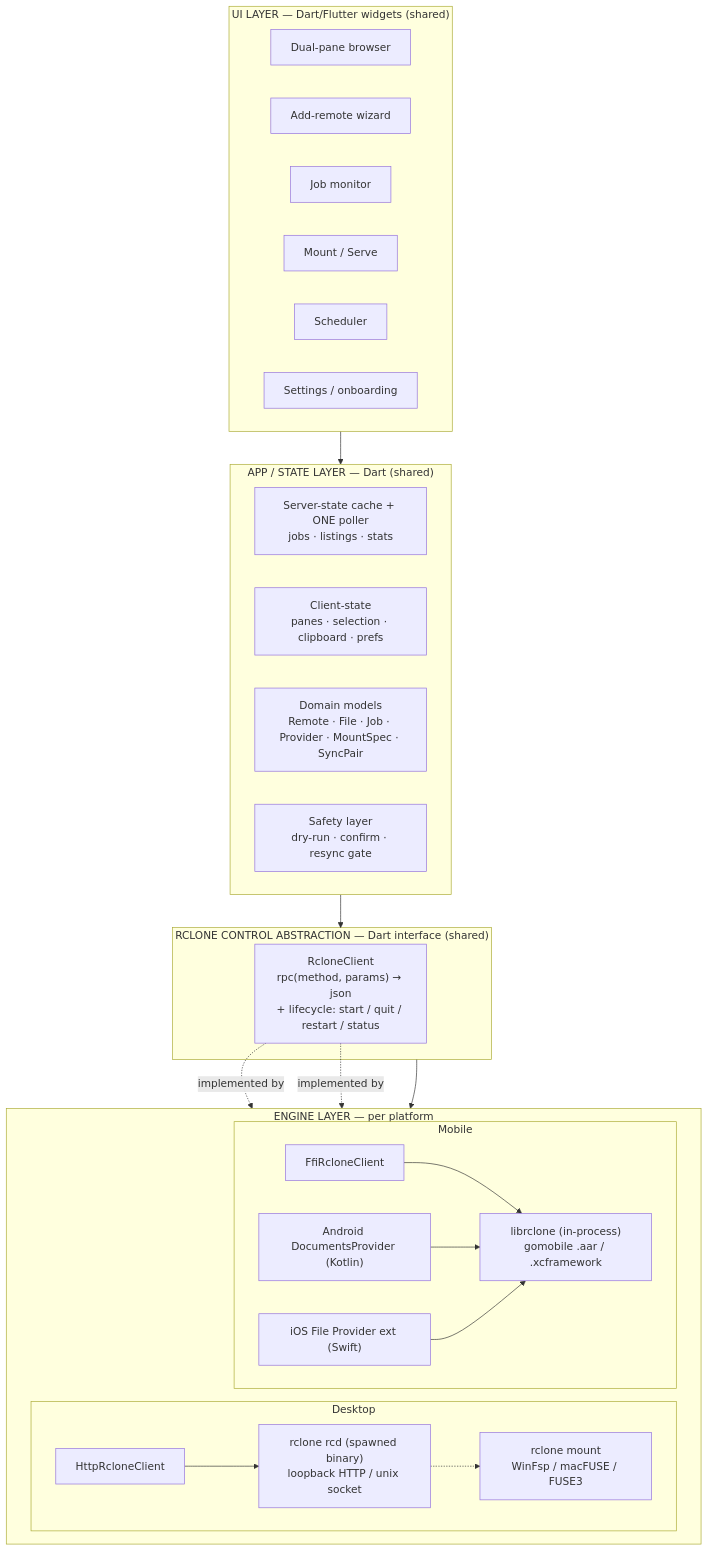
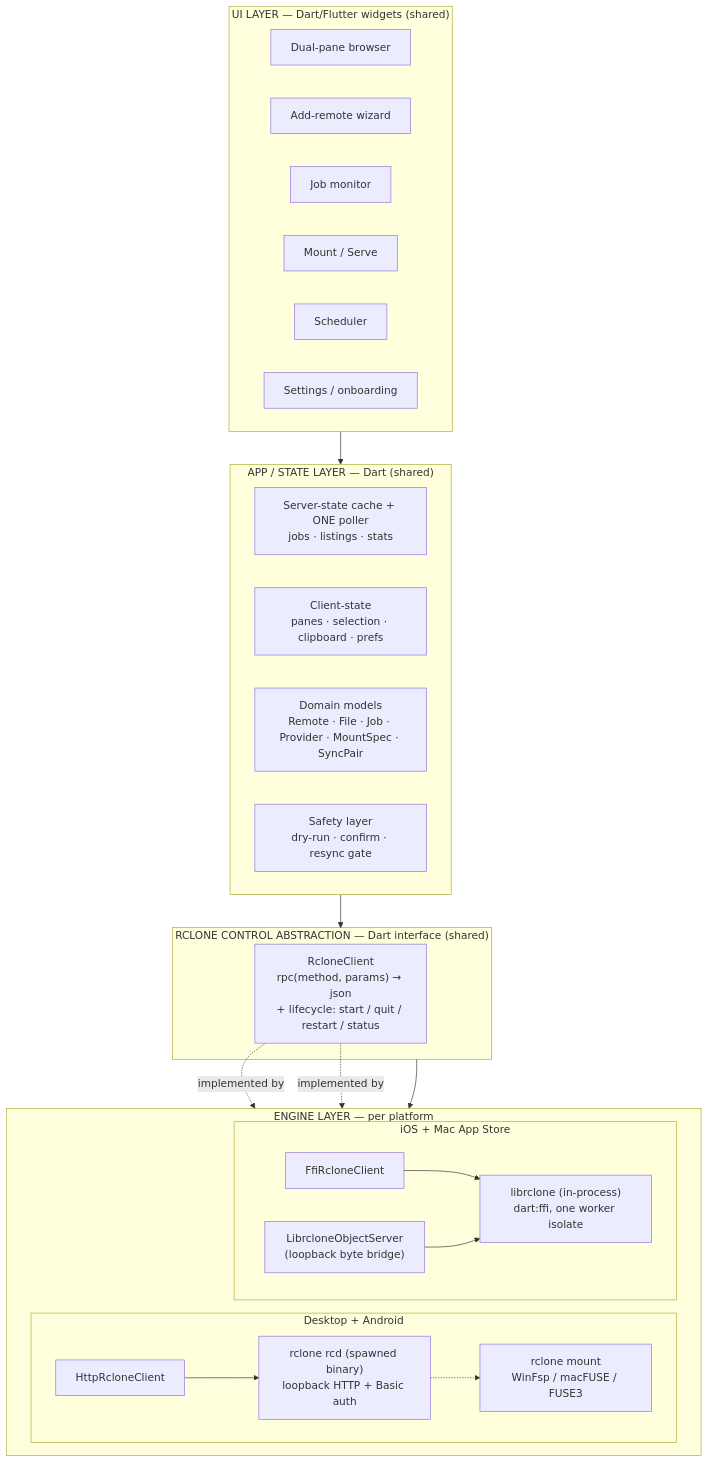
Before and after one commit to GigaionLLC/Airclone: the diagram in wiki/core/08-core-architecture.md, drawn with Mermaid. The commit also changed other lines of this file and 81 other files, not shown here.

````diff
--- a/wiki/core/08-core-architecture.md
+++ b/wiki/core/08-core-architecture.md
@@ -82,27 +82,26 @@
 ```mermaid
 flowchart TB
     subgraph UI["UI LAYER — Dart/Flutter widgets (shared)"]
         DUAL[Dual-pane browser] & WIZ[Add-remote wizard] & JOBS[Job monitor] & MNT[Mount / Serve] & SCHED[Scheduler] & SET[Settings / onboarding]
     end
     subgraph STATE["APP / STATE LAYER — Dart (shared)"]
         RQ[Server-state cache + ONE poller<br/>jobs · listings · stats] & CS[Client-state<br/>panes · selection · clipboard · prefs]
         DOMAIN[Domain models<br/>Remote · File · Job · Provider · MountSpec · SyncPair] & SAFE[Safety layer<br/>dry-run · confirm · resync gate]
     end
     subgraph CTRL["RCLONE CONTROL ABSTRACTION — Dart interface (shared)"]
         IFACE["RcloneClient<br/>rpc(method, params) → json<br/>+ lifecycle: start / quit / restart / status"]
     end
     subgraph ENGINE["ENGINE LAYER — per platform"]
         direction LR
-        subgraph DESK["Desktop"]
-            HTTP[HttpRcloneClient] --> RCD["rclone rcd (spawned binary)<br/>loopback HTTP / unix socket"] -.-> FUSE["rclone mount<br/>WinFsp / macFUSE / FUSE3"]
+        subgraph DESK["Desktop + Android"]
+            HTTP[HttpRcloneClient] --> RCD["rclone rcd (spawned binary)<br/>loopback HTTP + Basic auth"] -.-> FUSE["rclone mount<br/>WinFsp / macFUSE / FUSE3"]
         end
-        subgraph MOB["Mobile"]
-            FFI[FfiRcloneClient] --> LIB["librclone (in-process)<br/>gomobile .aar / .xcframework"]
-            SAF["Android DocumentsProvider (Kotlin)"] --> LIB
-            FP["iOS File Provider ext (Swift)"] --> LIB
+        subgraph SANDBOX["iOS + Mac App Store"]
+            FFI[FfiRcloneClient] --> LIB["librclone (in-process)<br/>dart:ffi, one worker isolate"]
+            OBJ["LibrcloneObjectServer<br/>(loopback byte bridge)"] --> LIB
         end
     end
     UI --> STATE --> CTRL --> ENGINE
     IFACE -. implemented by .-> HTTP
     IFACE -. implemented by .-> FFI
 ```
````
